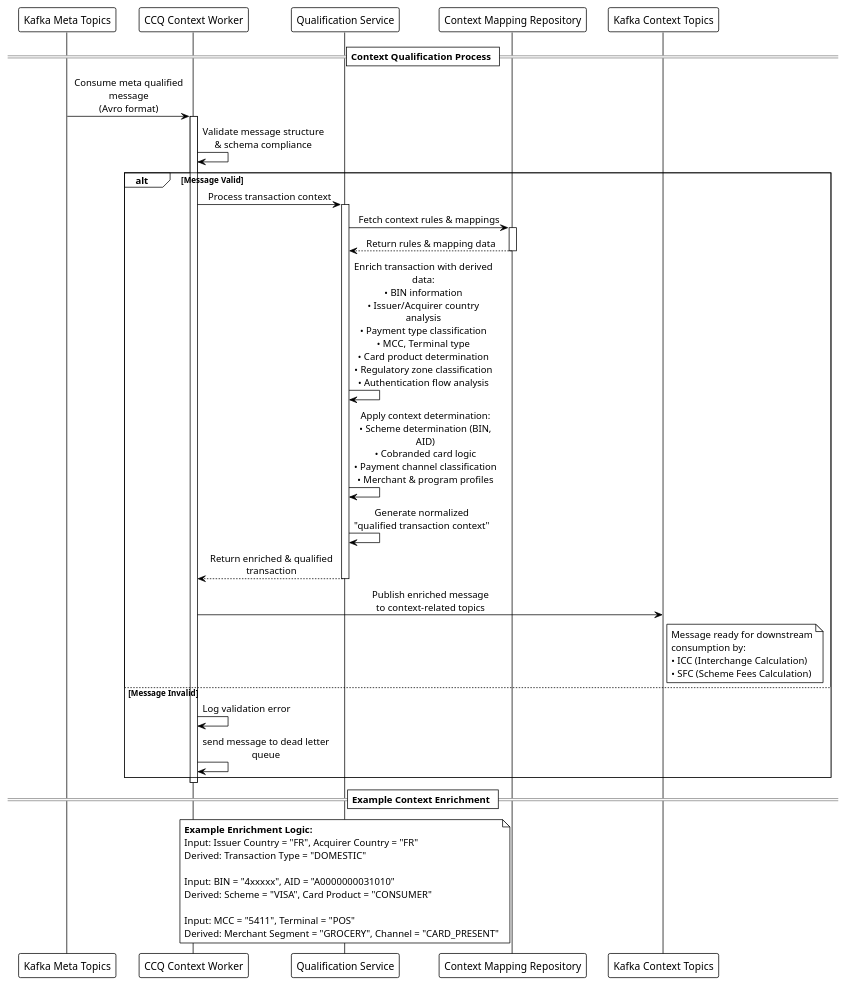
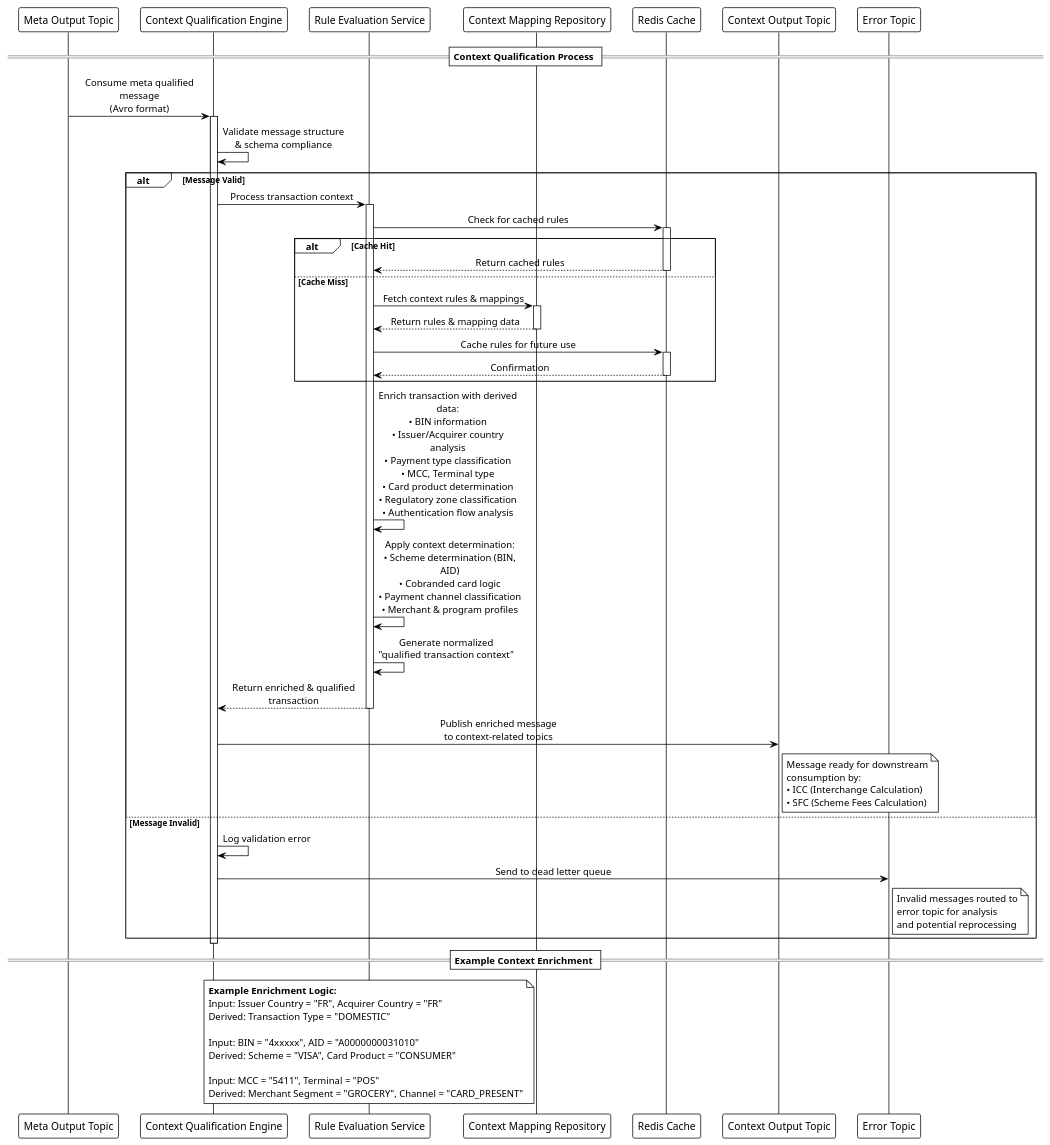
The diagram in diagrams/plantuml/in/context-sequence-diagram.puml (anastaha546/rapport-PFE), drawn with PlantUML before and after one commit. The commit also changed 46 other files, not shown here.

```diff
--- a/diagrams/plantuml/in/context-sequence-diagram.puml
+++ b/diagrams/plantuml/in/context-sequence-diagram.puml
@@ -1,69 +1,90 @@
 @startuml P2S Context Qualification Process
 
 !theme plain
 skinparam backgroundColor #FFFFFF
 skinparam sequenceMessageAlign center
 skinparam maxMessageSize 200
 
-participant "Kafka Meta Topics" as KafkaMeta
-participant "CCQ Context Worker" as CCQWorker
-participant "Qualification Service" as QualService
+participant "Meta Output Topic" as KafkaMeta
+participant "Context Qualification Engine" as CCQWorker
+participant "Rule Evaluation Service" as QualService
 participant "Context Mapping Repository" as ContextRepo
-participant "Kafka Context Topics" as KafkaContext
+participant "Redis Cache" as Cache
+participant "Context Output Topic" as KafkaContext
+participant "Error Topic" as ErrorTopic
 
 == Context Qualification Process ==
 
 KafkaMeta -> CCQWorker: Consume meta qualified message\n(Avro format)
 activate CCQWorker
 
 CCQWorker -> CCQWorker: Validate message structure\n& schema compliance
 
 alt Message Valid
     CCQWorker -> QualService: Process transaction context
     activate QualService
     
-    QualService -> ContextRepo: Fetch context rules & mappings
-    activate ContextRepo
+    QualService -> Cache: Check for cached rules
+    activate Cache
     
-    ContextRepo --> QualService: Return rules & mapping data
-    deactivate ContextRepo
+    alt Cache Hit
+        Cache --> QualService: Return cached rules
+        deactivate Cache
+    else Cache Miss
+        QualService -> ContextRepo: Fetch context rules & mappings
+        activate ContextRepo
+        
+        ContextRepo --> QualService: Return rules & mapping data
+        deactivate ContextRepo
+        
+        QualService -> Cache: Cache rules for future use
+        activate Cache
+        Cache --> QualService: Confirmation
+        deactivate Cache
+    end
     
     QualService -> QualService: Enrich transaction with derived data:\n• BIN information\n• Issuer/Acquirer country analysis\n• Payment type classification\n• MCC, Terminal type\n• Card product determination\n• Regulatory zone classification\n• Authentication flow analysis
     
     QualService -> QualService: Apply context determination:\n• Scheme determination (BIN, AID)\n• Cobranded card logic\n• Payment channel classification\n• Merchant & program profiles
     
     QualService -> QualService: Generate normalized\n"qualified transaction context"
     
     QualService --> CCQWorker: Return enriched & qualified transaction
     deactivate QualService
     
     CCQWorker -> KafkaContext: Publish enriched message\nto context-related topics
     
     note right of KafkaContext
         Message ready for downstream
         consumption by:
         • ICC (Interchange Calculation)
         • SFC (Scheme Fees Calculation)
     end note
     
 else Message Invalid
     CCQWorker -> CCQWorker: Log validation error
-    CCQWorker -> CCQWorker: send message to dead letter queue
+    CCQWorker -> ErrorTopic: Send to dead letter queue
+    
+    note right of ErrorTopic
+        Invalid messages routed to
+        error topic for analysis
+        and potential reprocessing
+    end note
 end
 
 deactivate CCQWorker
 
 == Example Context Enrichment ==
 note over QualService
     **Example Enrichment Logic:**
     Input: Issuer Country = "FR", Acquirer Country = "FR"
     Derived: Transaction Type = "DOMESTIC"
     
     Input: BIN = "4xxxxx", AID = "A0000000031010"
     Derived: Scheme = "VISA", Card Product = "CONSUMER"
     
     Input: MCC = "5411", Terminal = "POS"
     Derived: Merchant Segment = "GROCERY", Channel = "CARD_PRESENT"
 end note
 
 @enduml
```
